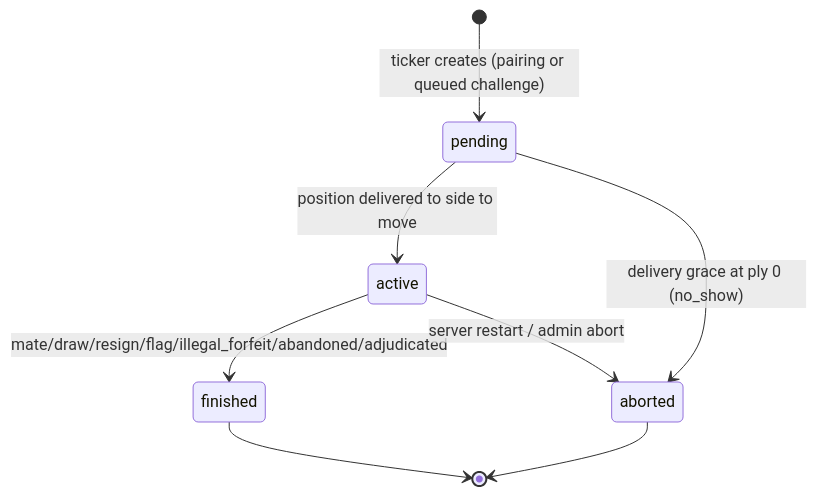
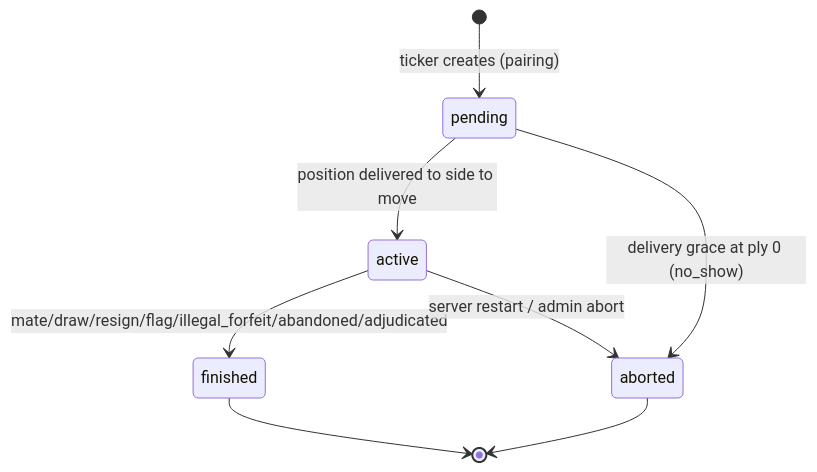
Before and after one commit to patricknitschke1/chess-server: the diagram in docs/superpowers/specs/2026-08-23-chess-arena-design.md, drawn with Mermaid. The commit also changed other lines of this file and 2 other files, not shown here.

````diff
--- a/docs/superpowers/specs/2026-08-23-chess-arena-design.md
+++ b/docs/superpowers/specs/2026-08-23-chess-arena-design.md
@@ -349,10 +340,10 @@
 ```mermaid
 stateDiagram-v2
-    [*] --> pending: ticker creates (pairing or queued challenge)
+    [*] --> pending: ticker creates (pairing)
     pending --> active: position delivered to side to move
     pending --> aborted: delivery grace at ply 0 (no_show)
     active --> finished: mate/draw/resign/flag/illegal_forfeit/abandoned/adjudicated
     active --> aborted: server restart / admin abort
     finished --> [*]
     aborted --> [*]
 ```
````
